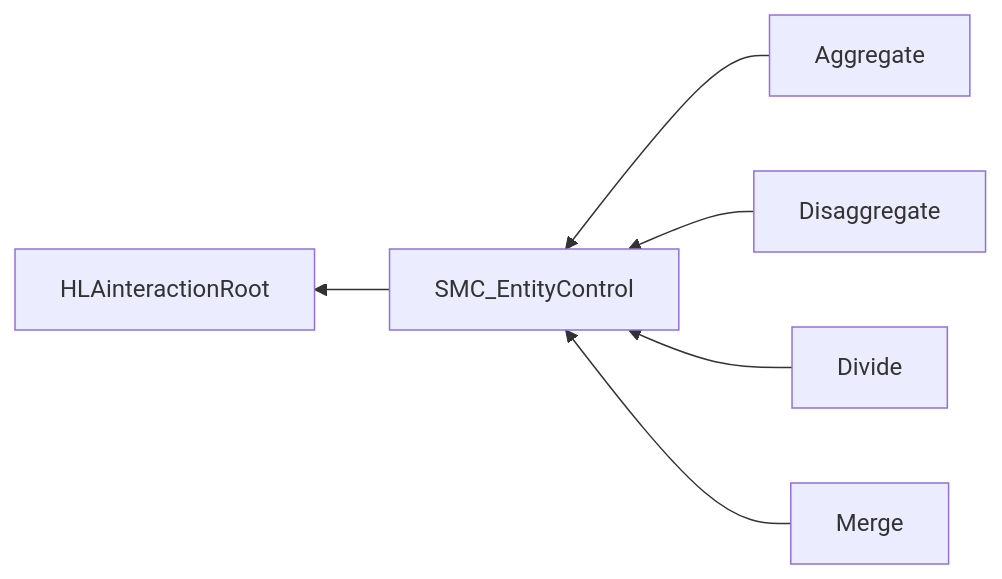
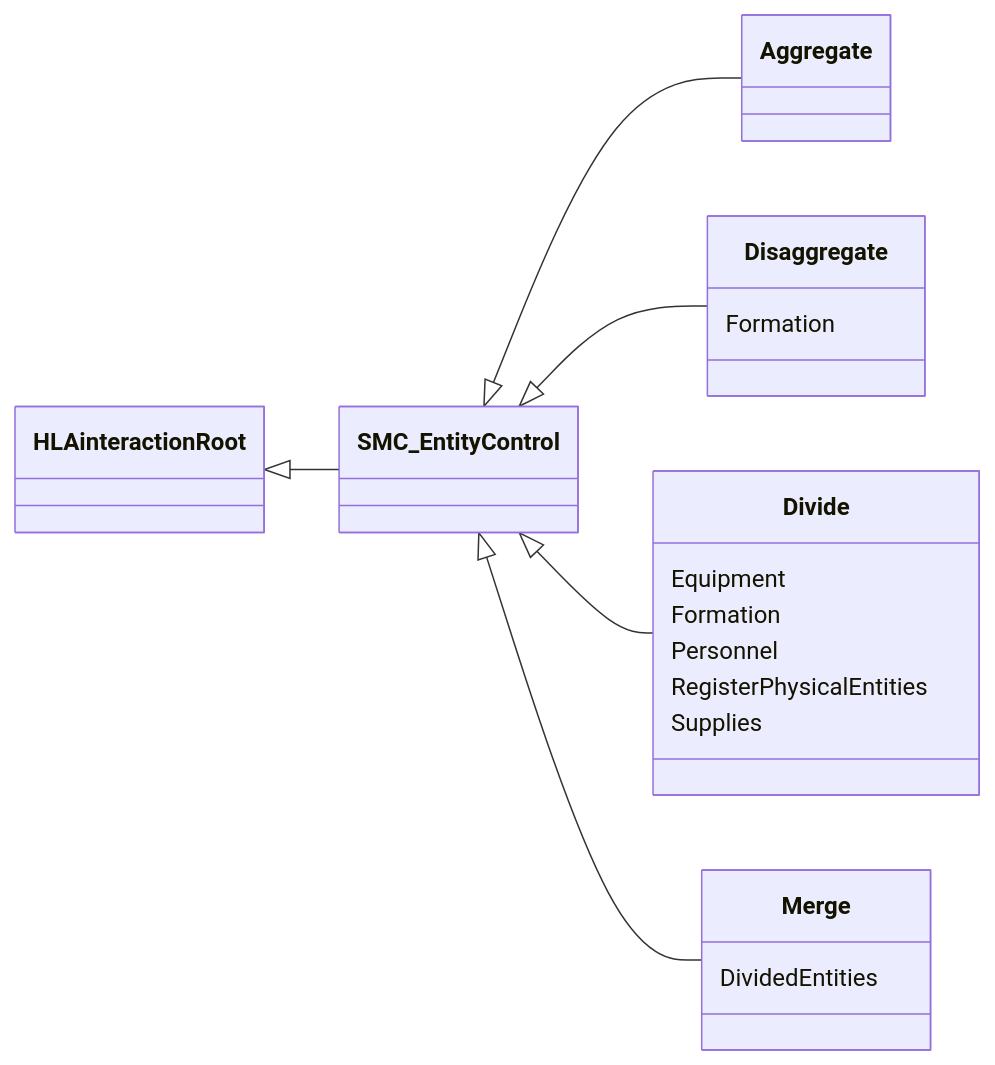
One commit to AMSP-04/NETN-MRM changed diagram 11 of 11 in NETN-MRM.md. Above: the diagram before and after it, drawn with Mermaid. The commit also changed other lines of this file, not shown here.

````diff
--- a/NETN-MRM.md
+++ b/NETN-MRM.md
@@ -323,8 +331,16 @@
 ```mermaid
-graph RL
-SMC_EntityControl-->HLAinteractionRoot
-Aggregate-->SMC_EntityControl
-Disaggregate-->SMC_EntityControl
-Divide-->SMC_EntityControl
-Merge-->SMC_EntityControl
+classDiagram 
+direction LR
+HLAinteractionRoot <|-- SMC_EntityControl
+SMC_EntityControl <|-- Aggregate
+SMC_EntityControl <|-- Disaggregate
+SMC_EntityControl <|-- Divide
+SMC_EntityControl <|-- Merge
+Disaggregate : Formation
+Divide : Equipment
+Divide : Formation
+Divide : Personnel
+Divide : RegisterPhysicalEntities
+Divide : Supplies
+Merge : DividedEntities
 ```
````
